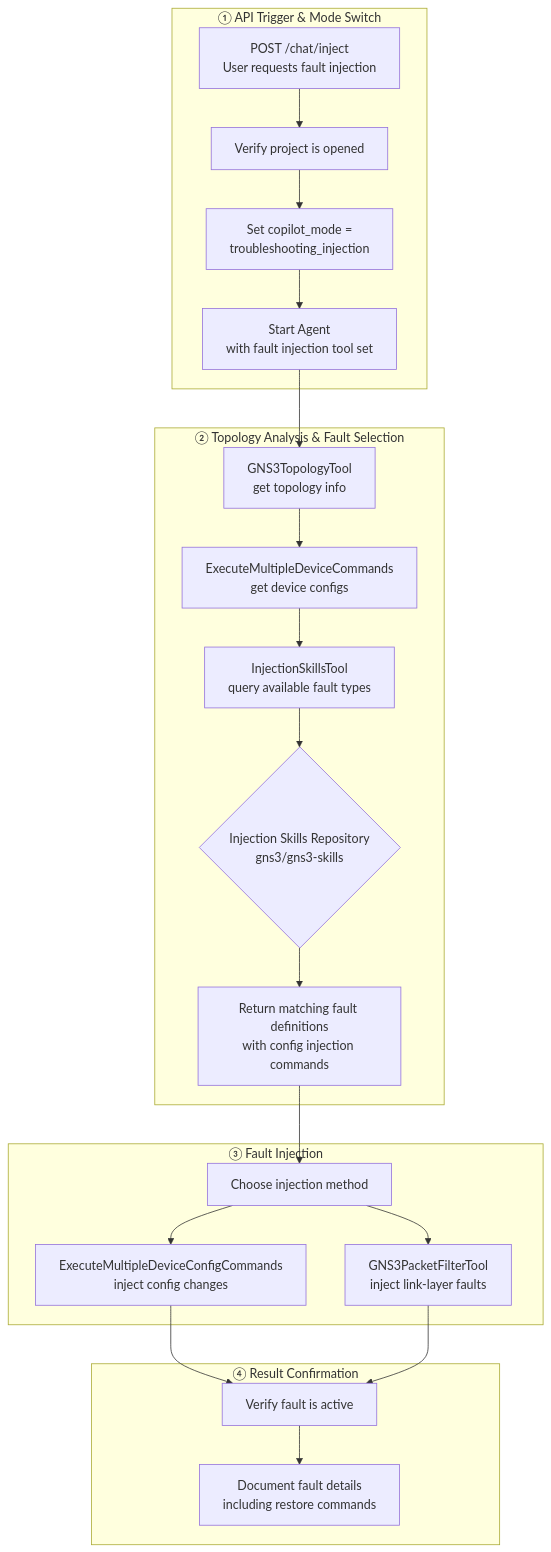
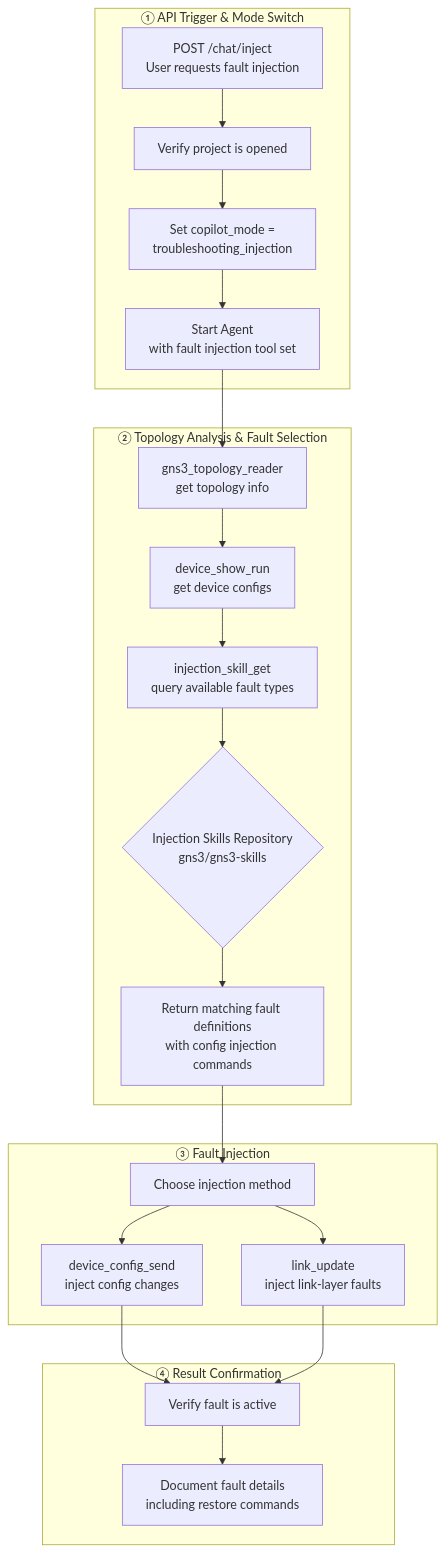
One commit to GNS3/gns3-server changed the first of 2 diagrams in docs/gns3-copilot/implemented/fault-injection-overview.en.md. Above: the diagram before and after it, drawn with Mermaid. The commit also changed other lines of this file and 33 other files, not shown here.

````diff
--- a/docs/gns3-copilot/implemented/fault-injection-overview.en.md
+++ b/docs/gns3-copilot/implemented/fault-injection-overview.en.md
@@ -10,28 +10,28 @@
 ```mermaid
 flowchart TB
     subgraph "① API Trigger & Mode Switch"
         A["POST /chat/inject\nUser requests fault injection"] --> B["Verify project is opened"]
         B --> C["Set copilot_mode =\ntroubleshooting_injection"]
         C --> D["Start Agent\nwith fault injection tool set"]
     end
 
     subgraph "② Topology Analysis & Fault Selection"
-        D --> E["GNS3TopologyTool\nget topology info"]
-        E --> F["ExecuteMultipleDeviceCommands\nget device configs"]
-        F --> G["InjectionSkillsTool\nquery available fault types"]
+        D --> E["gns3_topology_reader\nget topology info"]
+        E --> F["device_show_run\nget device configs"]
+        F --> G["injection_skill_get\nquery available fault types"]
         G --> H{"Injection Skills Repository\ngns3/gns3-skills"}
         H --> I["Return matching fault definitions\nwith config injection commands"]
     end
 
     subgraph "③ Fault Injection"
         I --> J["Choose injection method"]
-        J --> K["ExecuteMultipleDeviceConfigCommands\ninject config changes"]
-        J --> L["GNS3PacketFilterTool\ninject link-layer faults"]
+        J --> K["device_config_send\ninject config changes"]
+        J --> L["link_update\ninject link-layer faults"]
     end
 
     subgraph "④ Result Confirmation"
         K --> M["Verify fault is active"]
         L --> M
         M --> N["Document fault details\nincluding restore commands"]
     end
 ```
````
